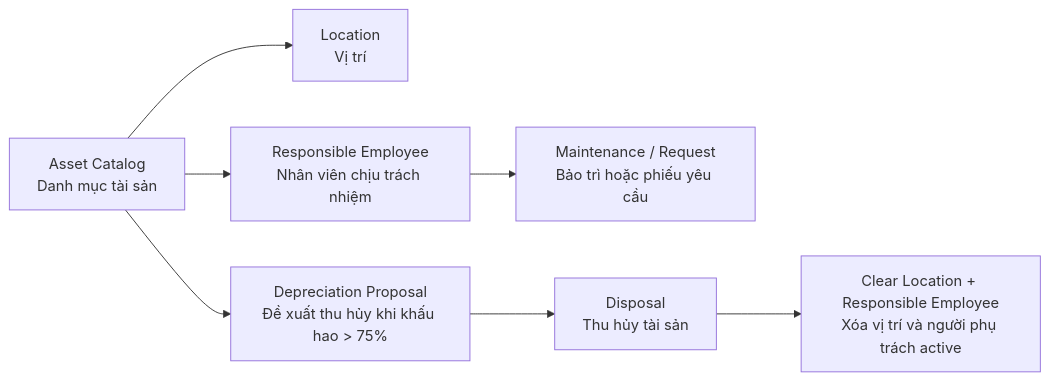
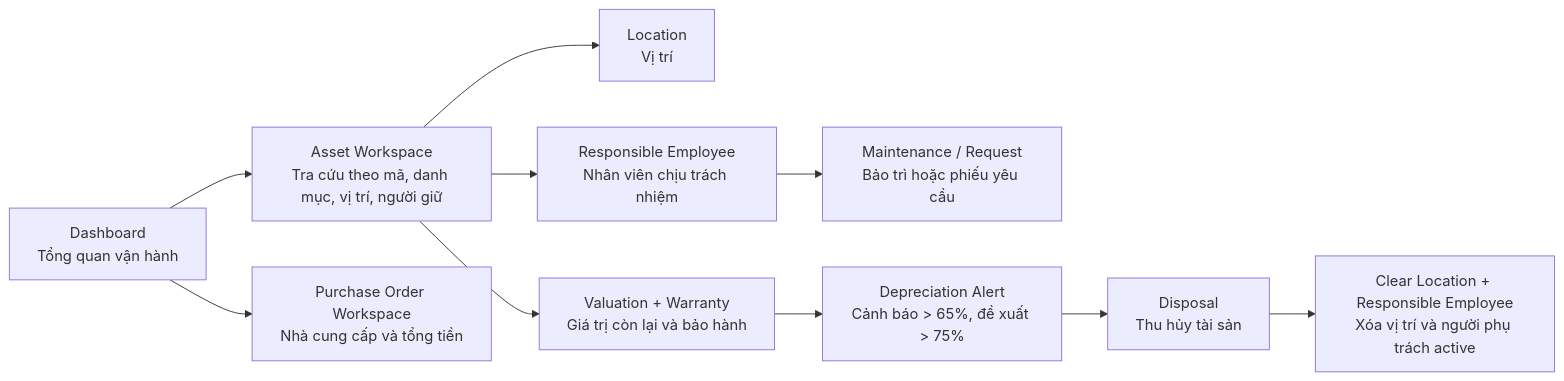
The diagram in docs/BFD.md (ducanh186/mesoco-dental-asset-management), drawn with Mermaid before and after one commit. The commit also changed other lines of this file and 8 other files, not shown here.

````diff
--- a/docs/BFD.md
+++ b/docs/BFD.md
@@ -7,9 +7,12 @@
 ```mermaid
 flowchart LR
-    A["Asset Catalog<br/>Danh mục tài sản"] --> B["Location<br/>Vị trí"]
-    A --> C["Responsible Employee<br/>Nhân viên chịu trách nhiệm"]
-    C --> D["Maintenance / Request<br/>Bảo trì hoặc phiếu yêu cầu"]
-    A --> E["Depreciation Proposal<br/>Đề xuất thu hủy khi khấu hao > 75%"]
-    E --> F["Disposal<br/>Thu hủy tài sản"]
-    F --> G["Clear Location + Responsible Employee<br/>Xóa vị trí và người phụ trách active"]
+    A["Dashboard<br/>Tổng quan vận hành"] --> B["Asset Workspace<br/>Tra cứu theo mã, danh mục, vị trí, người giữ"]
+    B --> C["Location<br/>Vị trí"]
+    B --> D["Responsible Employee<br/>Nhân viên chịu trách nhiệm"]
+    D --> E["Maintenance / Request<br/>Bảo trì hoặc phiếu yêu cầu"]
+    B --> F["Valuation + Warranty<br/>Giá trị còn lại và bảo hành"]
+    F --> G["Depreciation Alert<br/>Cảnh báo > 65%, đề xuất > 75%"]
+    A --> H["Purchase Order Workspace<br/>Nhà cung cấp và tổng tiền"]
+    G --> I["Disposal<br/>Thu hủy tài sản"]
+    I --> J["Clear Location + Responsible Employee<br/>Xóa vị trí và người phụ trách active"]
 ```
````
